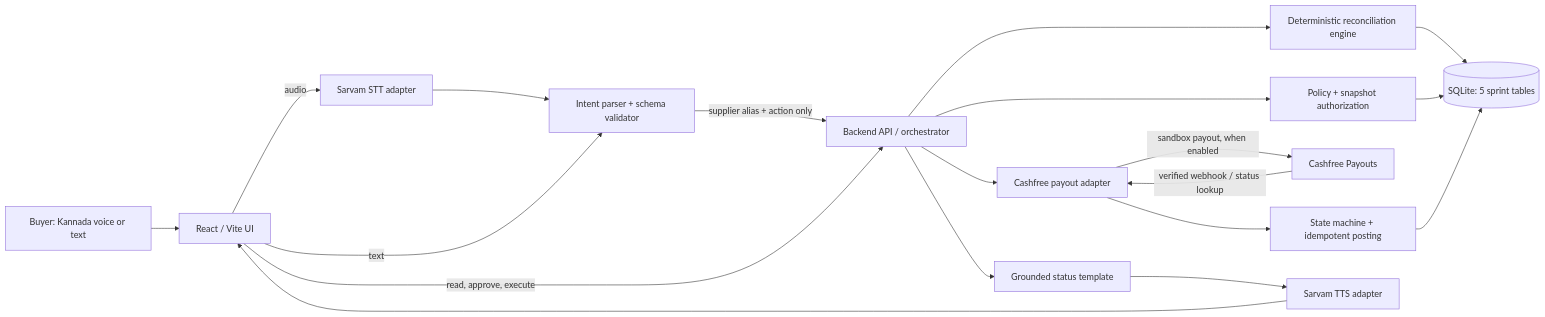
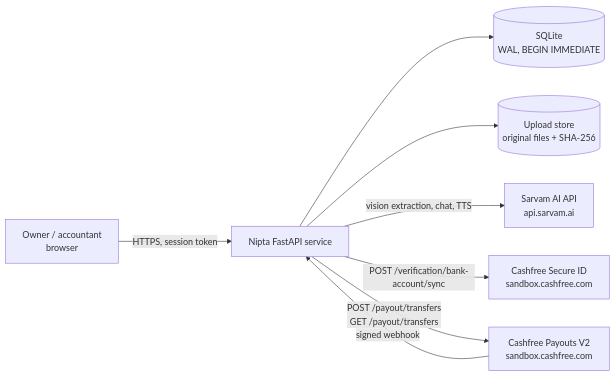
One commit to ritwijn/nipta changed the first of 5 diagrams in docs/architecture.md. Above: the diagram before and after it, drawn with Mermaid. The commit also changed other lines of this file and 2 other files, not shown here.

First line of the commit message:
Update architecture and problem statement; add implementation guide

````diff
--- a/docs/architecture.md
+++ b/docs/architecture.md
@@ -56,21 +18,10 @@
 ```mermaid
 flowchart LR
-    U[Buyer: Kannada voice or text] --> FE[React / Vite UI]
-    FE -->|audio| STT[Sarvam STT adapter]
-    STT --> INT[Intent parser + schema validator]
-    FE -->|text| INT
-    INT -->|supplier alias + action only| API[Backend API / orchestrator]
-    FE -->|read, approve, execute| API
-    API --> REC[Deterministic reconciliation engine]
-    REC --> DB[(SQLite: 5 sprint tables)]
-    API --> AUTH[Policy + snapshot authorization]
-    AUTH --> DB
-    API --> PAY[Cashfree payout adapter]
-    PAY -->|sandbox payout, when enabled| CF[Cashfree Payouts]
-    CF -->|verified webhook / status lookup| PAY
-    PAY --> STATE[State machine + idempotent posting]
-    STATE --> DB
-    API --> TEXT[Grounded status template]
-    TEXT --> TTS[Sarvam TTS adapter]
-    TTS --> FE
+    OP[Owner / accountant<br/>browser] -->|HTTPS, session token| API[Nipta FastAPI service]
+    API --> DB[(SQLite<br/>WAL, BEGIN IMMEDIATE)]
+    API --> FS[(Upload store<br/>original files + SHA-256)]
+    API -->|vision extraction, chat, TTS| SAR[Sarvam AI API<br/>api.sarvam.ai]
+    API -->|POST /verification/bank-account/sync| SID[Cashfree Secure ID<br/>sandbox.cashfree.com]
+    API -->|POST /payout/transfers<br/>GET /payout/transfers| PAY[Cashfree Payouts V2<br/>sandbox.cashfree.com]
+    PAY -->|signed webhook| API
 ```
````
